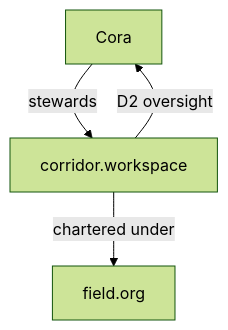
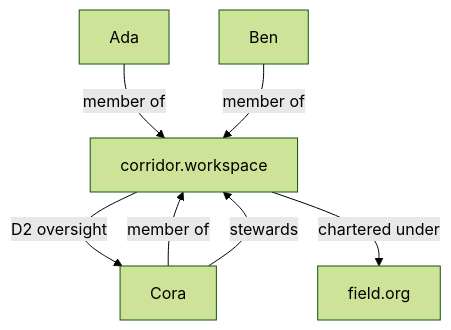
One commit to agentictrustlabs/agenticprimitives-site changed the fifth of 5 diagrams in apps/web/content/ontology/membership-role-stewardship.md. Above: the diagram before and after it, drawn with Mermaid (forest theme). The commit also changed other lines of this file, not shown here.

````diff
--- a/apps/web/content/ontology/membership-role-stewardship.md
+++ b/apps/web/content/ontology/membership-role-stewardship.md
@@ -300,10 +314,15 @@
 ```mermaid
 flowchart TB
+  ada["Ada"]
+  ben["Ben"]
   cora["Cora"]
   ws["corridor.workspace"]
   fieldOrg["field.org"]
 
+  ada -->|member of| ws
+  ben -->|member of| ws
+  cora -->|member of| ws
   cora -->|stewards| ws
   ws -->|D2 oversight| cora
   ws -->|chartered under| fieldOrg
 ```
````
